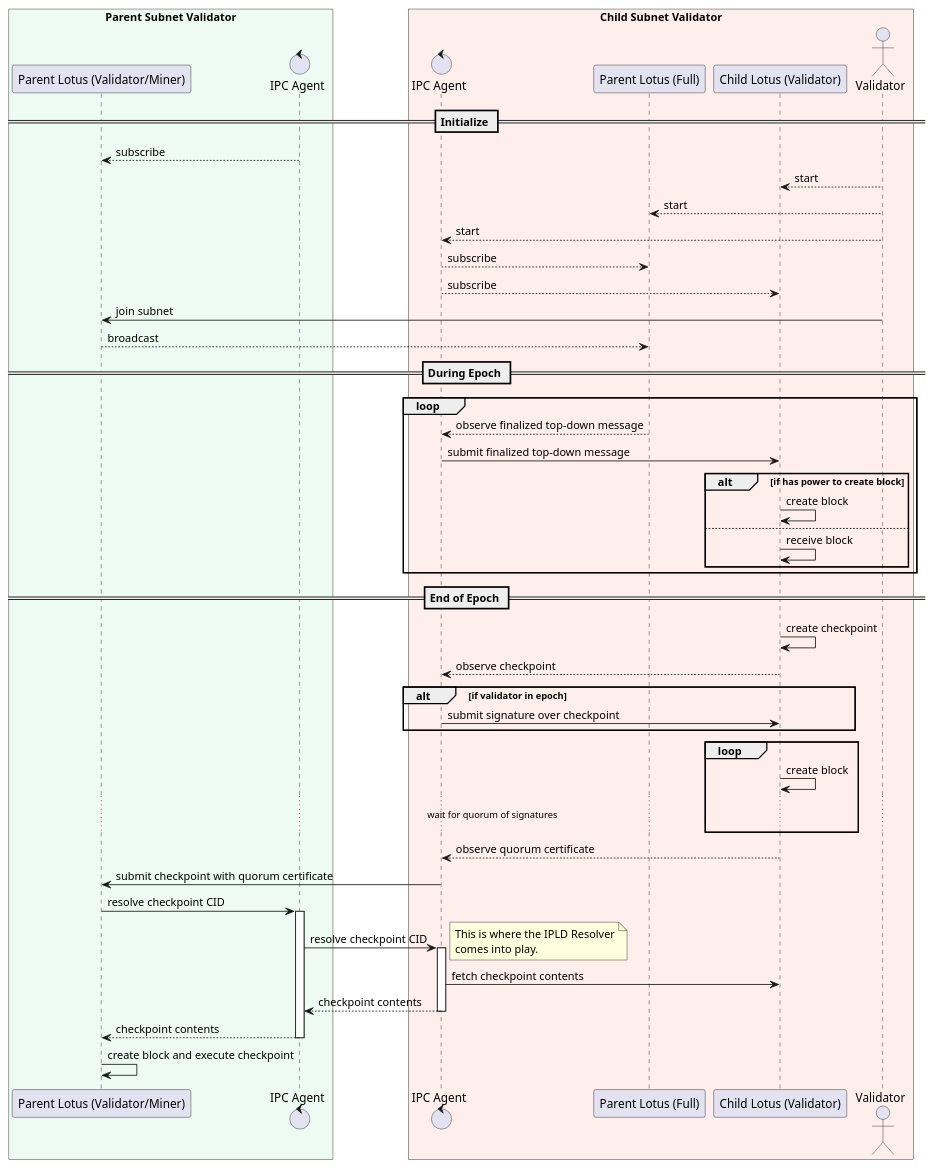
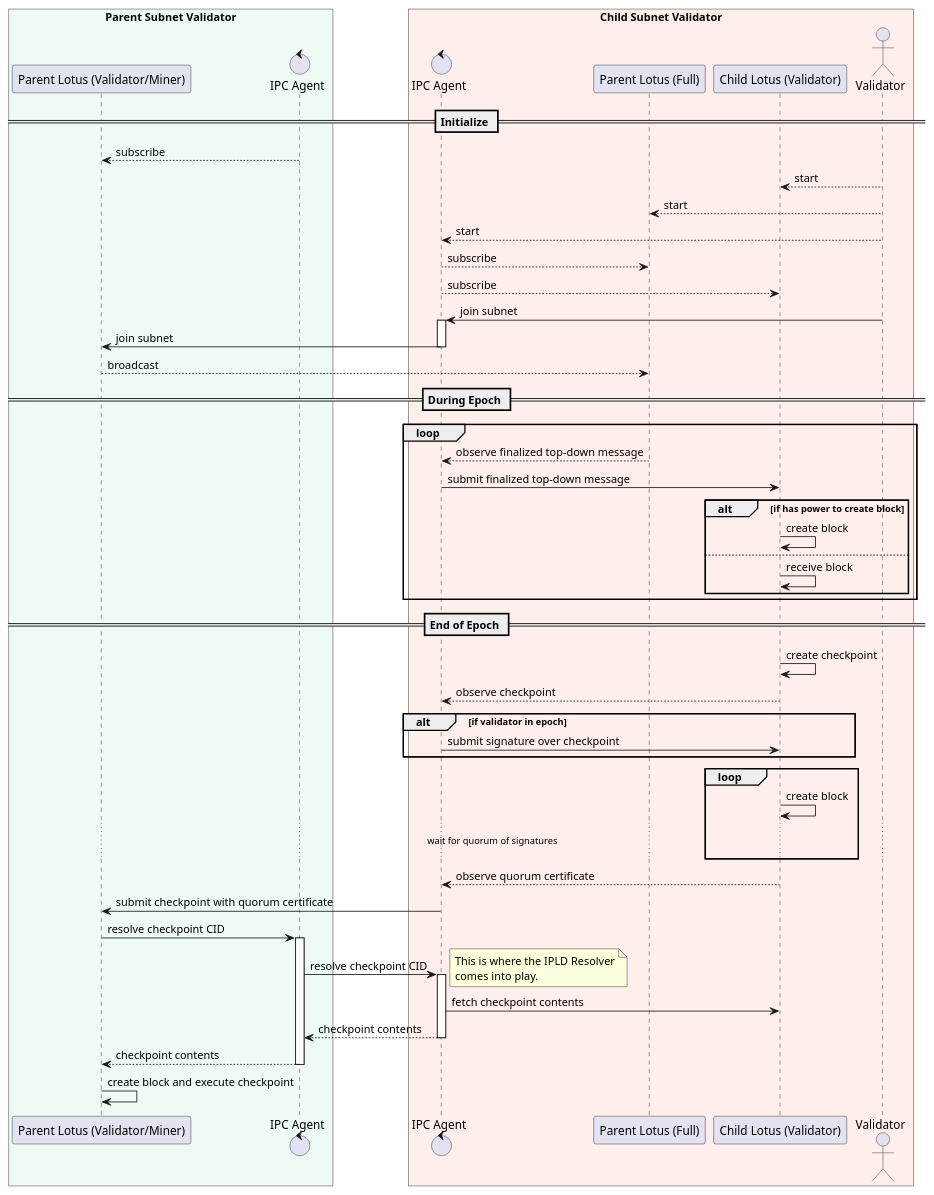
The diagram in docs/diagrams/checkpoint_submission.puml (consensus-shipyard/ipc-libs), drawn with PlantUML before and after one commit. The commit also changed 6 other files, not shown here.

```diff
--- a/docs/diagrams/checkpoint_submission.puml
+++ b/docs/diagrams/checkpoint_submission.puml
@@ -1,70 +1,71 @@
 @startuml Submit Checkpoint
 box "Parent Subnet Validator" #EEFBF5
 participant "Parent Lotus (Validator/Miner)" as parent_lotus
 control     "IPC Agent" as parent_agent
 end box
 
 box "Child Subnet Validator" #FEEFEC
 control     "IPC Agent" as child_agent
 participant "Parent Lotus (Full)" as full_lotus
 participant "Child Lotus (Validator)" as child_lotus
 actor "Validator" as validator
 end box
 
 == Initialize ==
 
 parent_agent --> parent_lotus: subscribe
 
 validator --> child_lotus: start
 validator --> full_lotus: start
 validator --> child_agent: start
 
 child_agent --> full_lotus: subscribe
 child_agent --> child_lotus: subscribe
 
-validator -> parent_lotus: join subnet
+validator -> child_agent ++: join subnet
+child_agent -> parent_lotus --: join subnet
 parent_lotus --> full_lotus: broadcast
 
 == During Epoch ==
 
 loop
   full_lotus --> child_agent: observe finalized top-down message
   child_agent -> child_lotus: submit finalized top-down message
 
   alt if has power to create block
     child_lotus -> child_lotus: create block
   else
     child_lotus -> child_lotus: receive block
   end
 end
 
 == End of Epoch ==
 
 child_lotus -> child_lotus: create checkpoint
 child_lotus --> child_agent: observe checkpoint
 
 alt if validator in epoch
   child_agent -> child_lotus: submit signature over checkpoint
 end
 
 loop
   child_lotus -> child_lotus: create block
   ... wait for quorum of signatures ...
 end
 
 child_lotus --> child_agent: observe quorum certificate
 child_agent -> parent_lotus: submit checkpoint with quorum certificate
 
 parent_lotus -> parent_agent ++: resolve checkpoint CID
 parent_agent -> child_agent ++: resolve checkpoint CID
 note right
 This is where the IPLD Resolver
 comes into play.
 end note
 child_agent -> child_lotus: fetch checkpoint contents
 return checkpoint contents
 return checkpoint contents
 
 parent_lotus -> parent_lotus: create block and execute checkpoint
 
 @enduml
```
